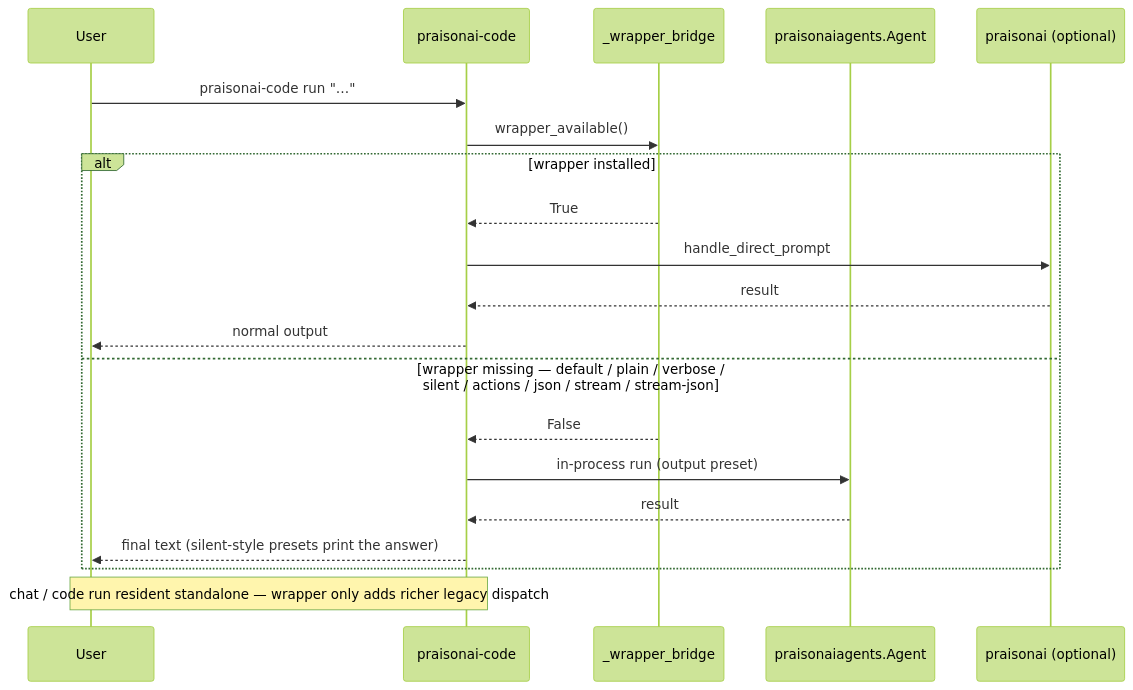
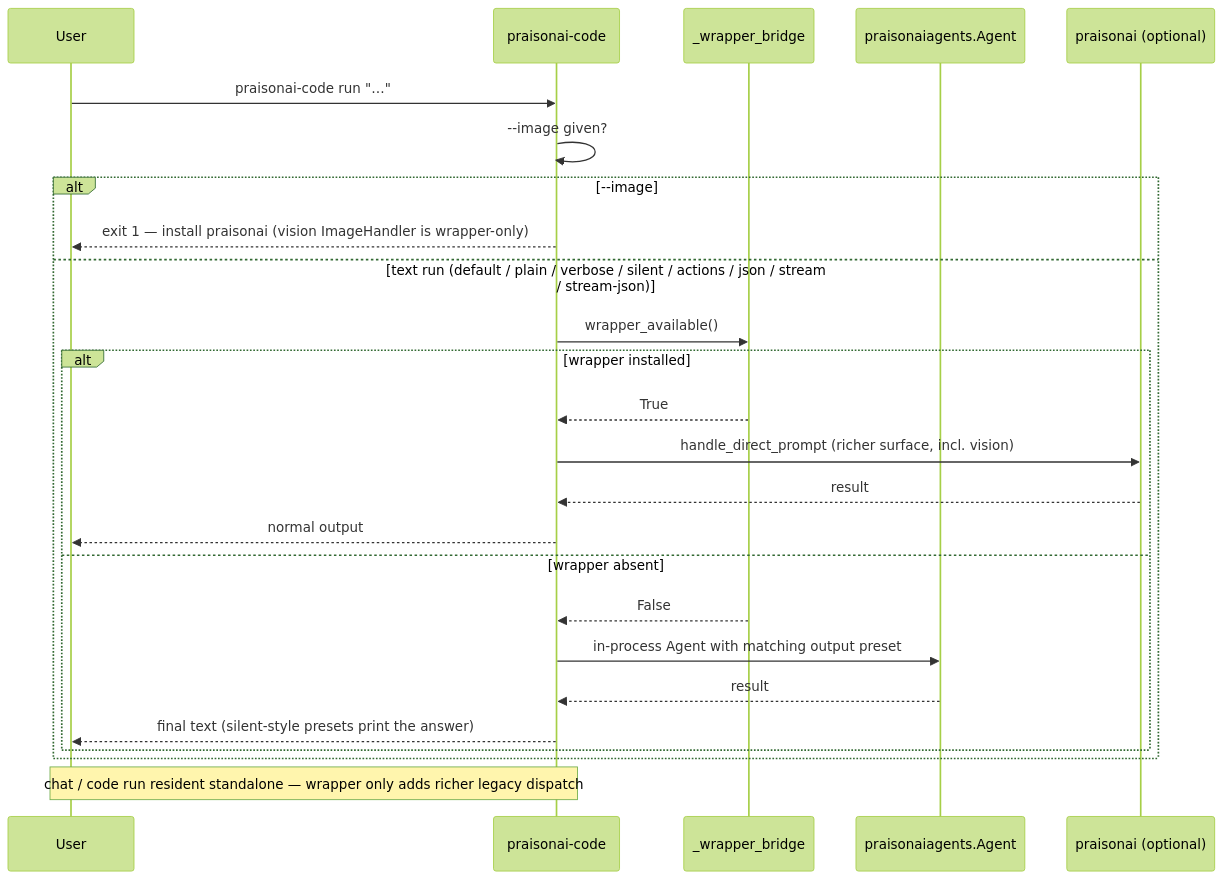
One commit to MervinPraison/PraisonAIDocs changed the fifth of 6 diagrams in docs/features/praisonai-code-cli.mdx. Above: the diagram before and after it, drawn with Mermaid (forest theme). The commit also changed other lines of this file and 2 other files, not shown here.

Commit message:
docs: reflect PR #5687 — default run is self-sufficient, --image is the only wrapper-only text feature (fixes #4449)

````diff
--- a/docs/features/praisonai-code-cli.mdx
+++ b/docs/features/praisonai-code-cli.mdx
@@ -200,23 +202,28 @@
 ```mermaid
 sequenceDiagram
     participant User
     participant CLI as praisonai-code
     participant Bridge as _wrapper_bridge
     participant Agent as praisonaiagents.Agent
     participant Wrapper as praisonai (optional)
 
     User->>CLI: praisonai-code run "…"
-    CLI->>Bridge: wrapper_available()
-    alt wrapper installed
-        Bridge-->>CLI: True
-        CLI->>Wrapper: handle_direct_prompt
-        Wrapper-->>CLI: result
-        CLI-->>User: normal output
-    else wrapper missing — default / plain / verbose / silent / actions / json / stream / stream-json
-        Bridge-->>CLI: False
-        CLI->>Agent: in-process run (output preset)
-        Agent-->>CLI: result
-        CLI-->>User: final text (silent-style presets print the answer)
+    CLI->>CLI: --image given?
+    alt --image
+        CLI-->>User: exit 1 — install praisonai (vision ImageHandler is wrapper-only)
+    else text run (default / plain / verbose / silent / actions / json / stream / stream-json)
+        CLI->>Bridge: wrapper_available()
+        alt wrapper installed
+            Bridge-->>CLI: True
+            CLI->>Wrapper: handle_direct_prompt (richer surface, incl. vision)
+            Wrapper-->>CLI: result
+            CLI-->>User: normal output
+        else wrapper absent
+            Bridge-->>CLI: False
+            CLI->>Agent: in-process Agent with matching output preset
+            Agent-->>CLI: result
+            CLI-->>User: final text (silent-style presets print the answer)
+        end
     end
     Note over User,CLI: chat / code run resident standalone — wrapper only adds richer legacy dispatch
 ```
````
